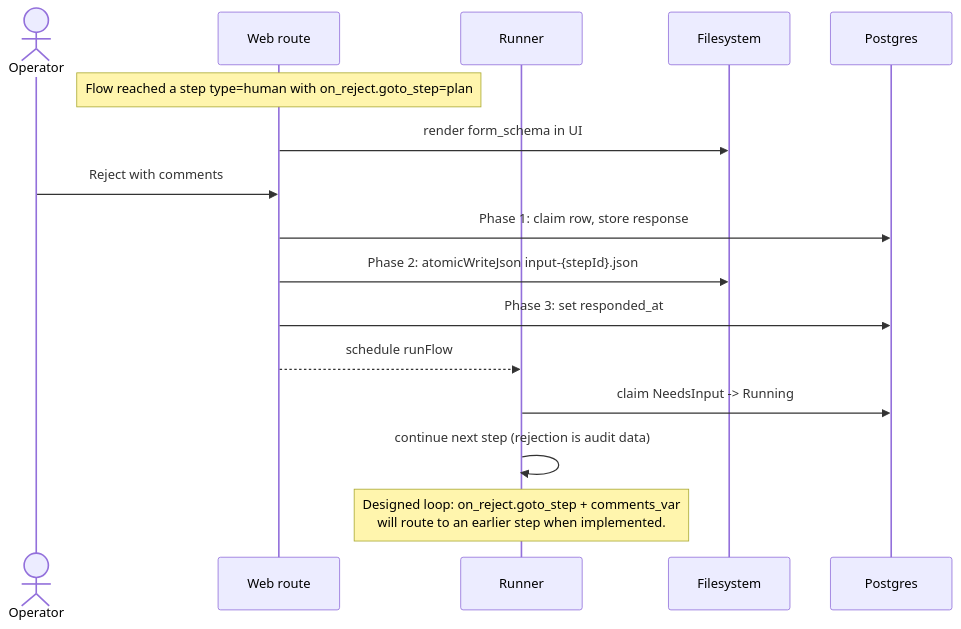
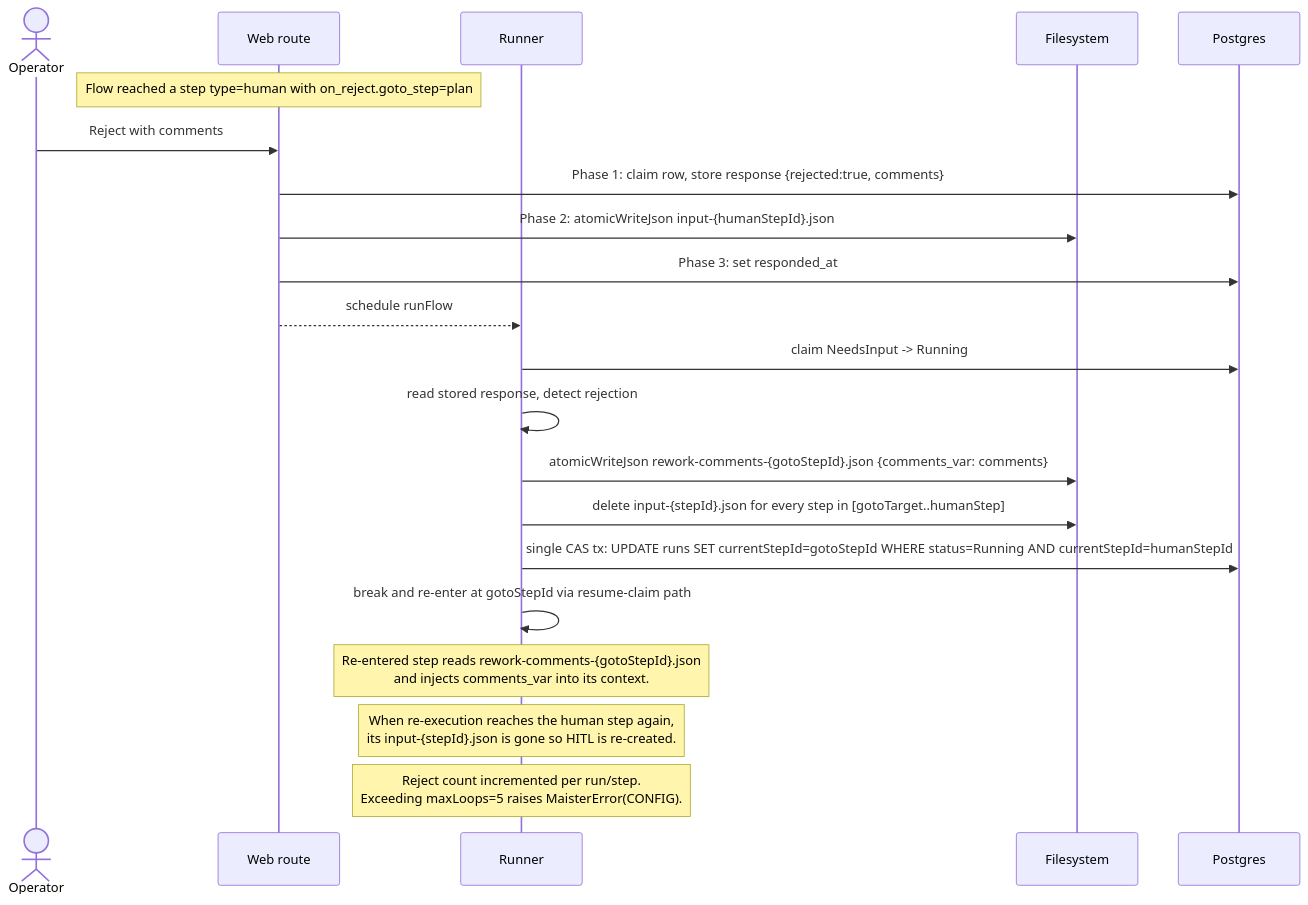
One commit to maister-dev/maister changed the fifth of 10 diagrams in docs/system-analytics/hitl.md. Above: the diagram before and after it, drawn with Mermaid. The commit also changed other lines of this file and 79 other files, not shown here.

````diff
--- a/docs/system-analytics/hitl.md
+++ b/docs/system-analytics/hitl.md
@@ -125,19 +145,24 @@
 ```mermaid
 sequenceDiagram
     actor U as Operator
     participant W as Web route
     participant R as Runner
     participant FS as Filesystem
     participant DB as Postgres
 
     Note over W: Flow reached a step type=human with on_reject.goto_step=plan
-    W->>FS: render form_schema in UI
     U->>W: Reject with comments
-    W->>DB: Phase 1: claim row, store response
-    W->>FS: Phase 2: atomicWriteJson input-{stepId}.json
+    W->>DB: Phase 1: claim row, store response {rejected:true, comments}
+    W->>FS: Phase 2: atomicWriteJson input-{humanStepId}.json
     W->>DB: Phase 3: set responded_at
     W-->>R: schedule runFlow
     R->>DB: claim NeedsInput -> Running
-    R->>R: continue next step (rejection is audit data)
-    Note over R: Designed loop: on_reject.goto_step + comments_var<br/>will route to an earlier step when implemented.
+    R->>R: read stored response, detect rejection
+    R->>FS: atomicWriteJson rework-comments-{gotoStepId}.json {comments_var: comments}
+    R->>FS: delete input-{stepId}.json for every step in [gotoTarget..humanStep]
+    R->>DB: single CAS tx: UPDATE runs SET currentStepId=gotoStepId WHERE status=Running AND currentStepId=humanStepId
+    R->>R: break and re-enter at gotoStepId via resume-claim path
+    Note over R: Re-entered step reads rework-comments-{gotoStepId}.json<br/>and injects comments_var into its context.
+    Note over R: When re-execution reaches the human step again,<br/>its input-{stepId}.json is gone so HITL is re-created.
+    Note over R: Reject count incremented per run/step.<br/>Exceeding maxLoops=5 raises MaisterError(CONFIG).
 ```
````
